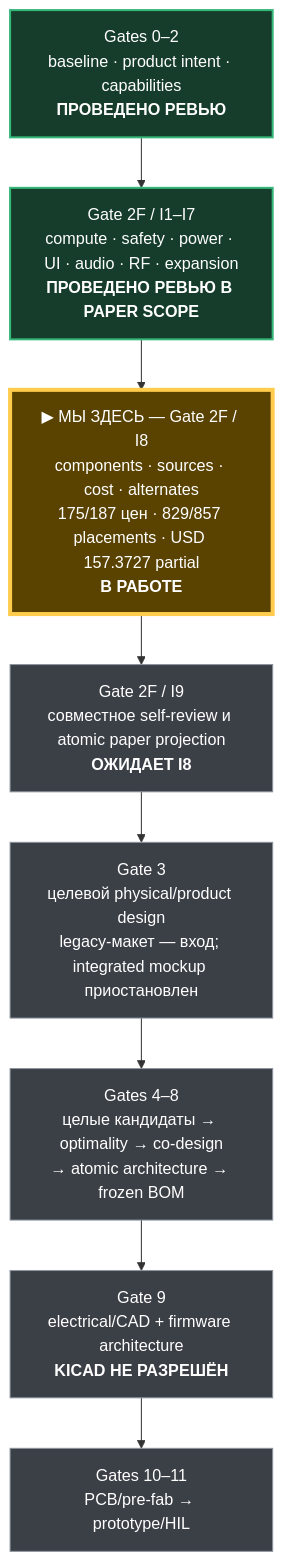
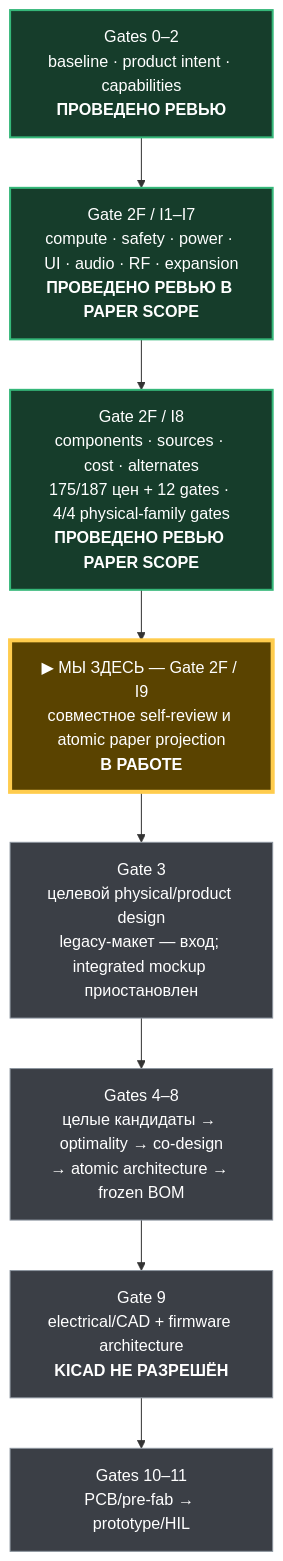
Before and after one commit to anton-vinogradov/esp32-leshy2: the diagram in docs/review/stages.md, drawn with Mermaid. The commit also changed other lines of this file and 17 other files, not shown here.

Commit message:
docs: close I8 paper procurement review

````diff
--- a/docs/review/stages.md
+++ b/docs/review/stages.md
@@ -15,20 +17,20 @@
 ```mermaid
 flowchart TD
   G02["Gates 0–2<br/>baseline · product intent · capabilities<br/><b>ПРОВЕДЕНО РЕВЬЮ</b>"]
   I17["Gate 2F / I1–I7<br/>compute · safety · power · UI · audio · RF · expansion<br/><b>ПРОВЕДЕНО РЕВЬЮ В PAPER SCOPE</b>"]
-  I8["▶ МЫ ЗДЕСЬ — Gate 2F / I8<br/>components · sources · cost · alternates<br/>175/187 цен · 829/857 placements · USD 157.3727 partial<br/><b>В РАБОТЕ</b>"]
-  I9["Gate 2F / I9<br/>совместное self-review и atomic paper projection<br/><b>ОЖИДАЕТ I8</b>"]
+  I8["Gate 2F / I8<br/>components · sources · cost · alternates<br/>175/187 цен + 12 gates · 4/4 physical-family gates<br/><b>ПРОВЕДЕНО РЕВЬЮ PAPER SCOPE</b>"]
+  I9["▶ МЫ ЗДЕСЬ — Gate 2F / I9<br/>совместное self-review и atomic paper projection<br/><b>В РАБОТЕ</b>"]
   G3["Gate 3<br/>целевой physical/product design<br/>legacy-макет — вход; integrated mockup приостановлен"]
   G48["Gates 4–8<br/>целые кандидаты → optimality → co-design<br/>→ atomic architecture → frozen BOM"]
   G9["Gate 9<br/>electrical/CAD + firmware architecture<br/><b>KICAD НЕ РАЗРЕШЁН</b>"]
   G1011["Gates 10–11<br/>PCB/pre-fab → prototype/HIL"]
 
   G02 --> I17 --> I8 --> I9 --> G3 --> G48 --> G9 --> G1011
 
   classDef reviewed fill:#163d2b,stroke:#35b779,color:#ffffff,stroke-width:2px;
   classDef current fill:#5a4300,stroke:#ffcc4d,color:#ffffff,stroke-width:4px;
   classDef blocked fill:#3b3f46,stroke:#8b949e,color:#ffffff,stroke-width:1px;
-  class G02,I17 reviewed;
-  class I8 current;
-  class I9,G3,G48,G9,G1011 blocked;
+  class G02,I17,I8 reviewed;
+  class I9 current;
+  class G3,G48,G9,G1011 blocked;
 ```
````
